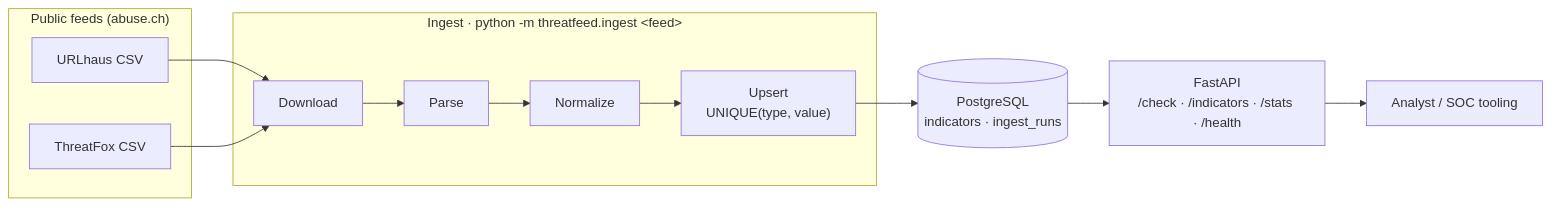
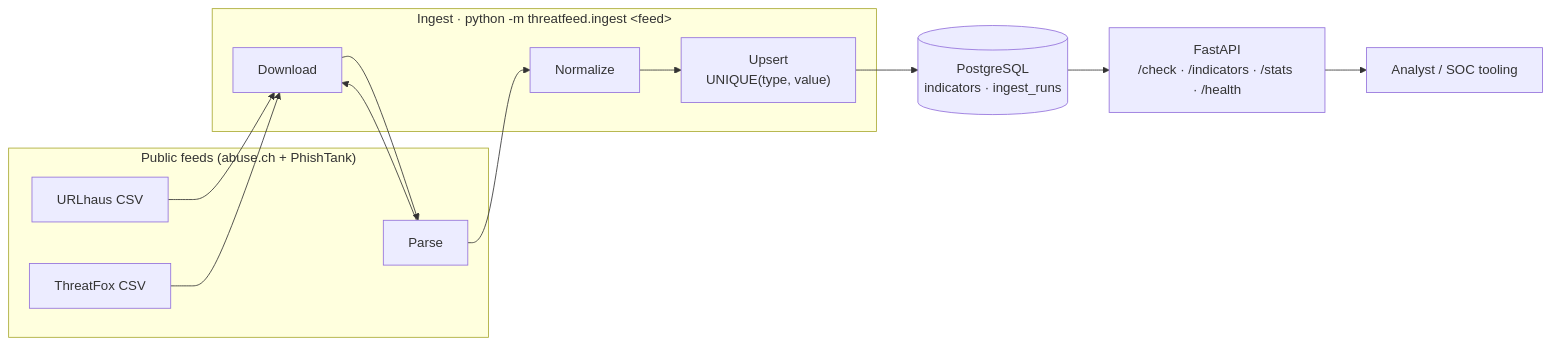
One commit to RubenDelgadoPareja/threatfeed changed the diagram in README.md. Above: the diagram before and after it, drawn with Mermaid. The commit also changed other lines of this file and 11 other files, not shown here.

First line of the commit message:
Add the PhishTank feed and enforce the value length cap

````diff
--- a/README.md
+++ b/README.md
@@ -36,17 +37,19 @@
 ```mermaid
 flowchart LR
-    subgraph feeds["Public feeds (abuse.ch)"]
+    subgraph feeds["Public feeds (abuse.ch + PhishTank)"]
         U[URLhaus CSV]
         T[ThreatFox CSV]
+        P[PhishTank CSV]
     end
 
     subgraph ingest["Ingest · python -m threatfeed.ingest &lt;feed&gt;"]
         D[Download] --> P[Parse] --> N[Normalize] --> UP["Upsert<br/>UNIQUE(type, value)"]
     end
 
     U --> D
     T --> D
+    P --> D
     UP --> DB[("PostgreSQL<br/>indicators · ingest_runs")]
     DB --> API["FastAPI<br/>/check · /indicators · /stats · /health"]
     API --> SOC[Analyst / SOC tooling]
 ```
````
